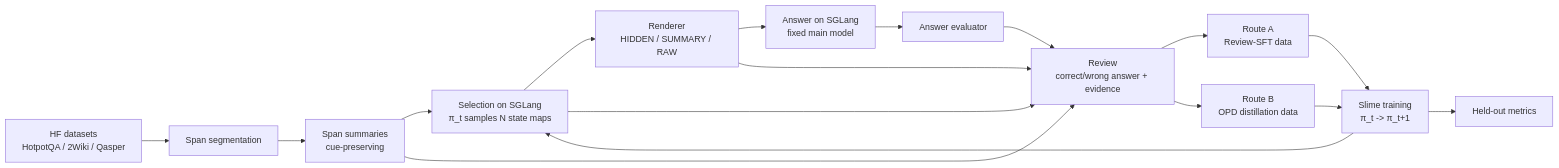
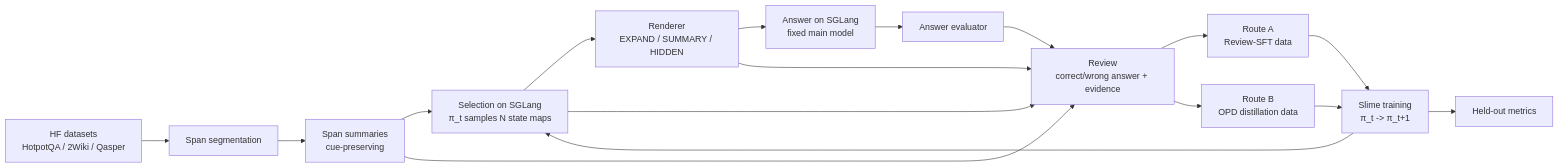
One commit to wuwanchun/CM-OPD changed the diagram in research-automation/implementation-plans/progressive-disclosure-slime-roadmap.md. Above: the diagram before and after it, drawn with Mermaid. The commit also changed other lines of this file, not shown here.

Commit message:
docs: align selection states with expand naming

````diff
--- a/research-automation/implementation-plans/progressive-disclosure-slime-roadmap.md
+++ b/research-automation/implementation-plans/progressive-disclosure-slime-roadmap.md
@@ -115,26 +115,26 @@
 ```mermaid
 flowchart LR
     accTitle: Selection Answer Review Slime Pipeline
     accDescr: The pipeline summarizes spans, runs SGLang selection multiple times per task, renders selected context, runs SGLang answer, creates Review-SFT and OPD-style distillation data, and trains the selection policy inside Slime.
 
     D["HF datasets<br/>HotpotQA / 2Wiki / Qasper"]
     SEG["Span segmentation"]
     SUM["Span summaries<br/>cue-preserving"]
     SEL["Selection on SGLang<br/>π_t samples N state maps"]
-    REN["Renderer<br/>HIDDEN / SUMMARY / RAW"]
+    REN["Renderer<br/>EXPAND / SUMMARY / HIDDEN"]
     LLM["Answer on SGLang<br/>fixed main model"]
     EVAL["Answer evaluator"]
     REV["Review<br/>correct/wrong answer + evidence"]
     SFT["Route A<br/>Review-SFT data"]
     OPD["Route B<br/>OPD distillation data"]
     TRAIN["Slime training<br/>π_t -> π_t+1"]
     MET["Held-out metrics"]
 
     D --> SEG --> SUM --> SEL --> REN --> LLM --> EVAL --> REV
     SUM --> REV
     SEL --> REV
     REN --> REV
     REV --> SFT --> TRAIN --> MET
     REV --> OPD --> TRAIN
     TRAIN --> SEL
 ```
````
